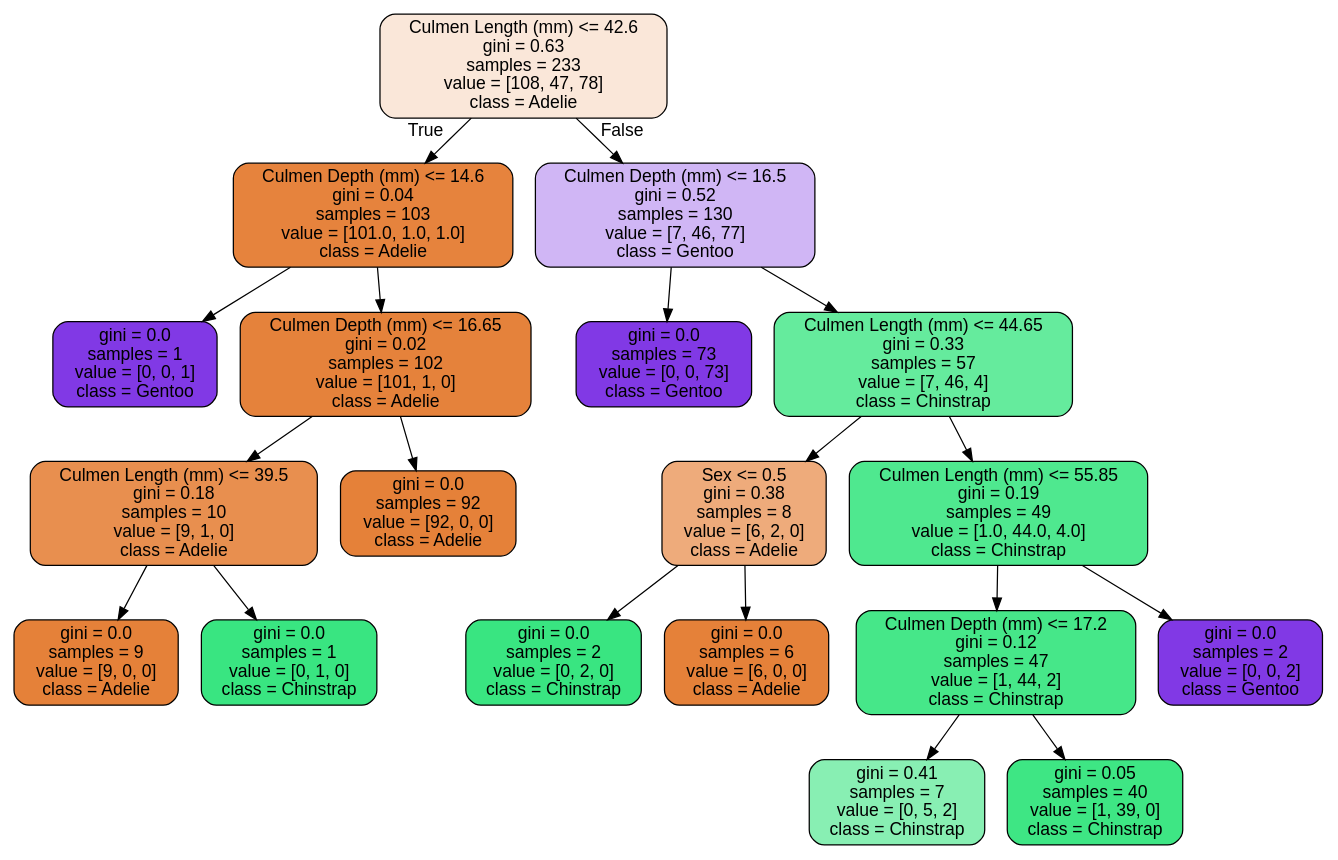
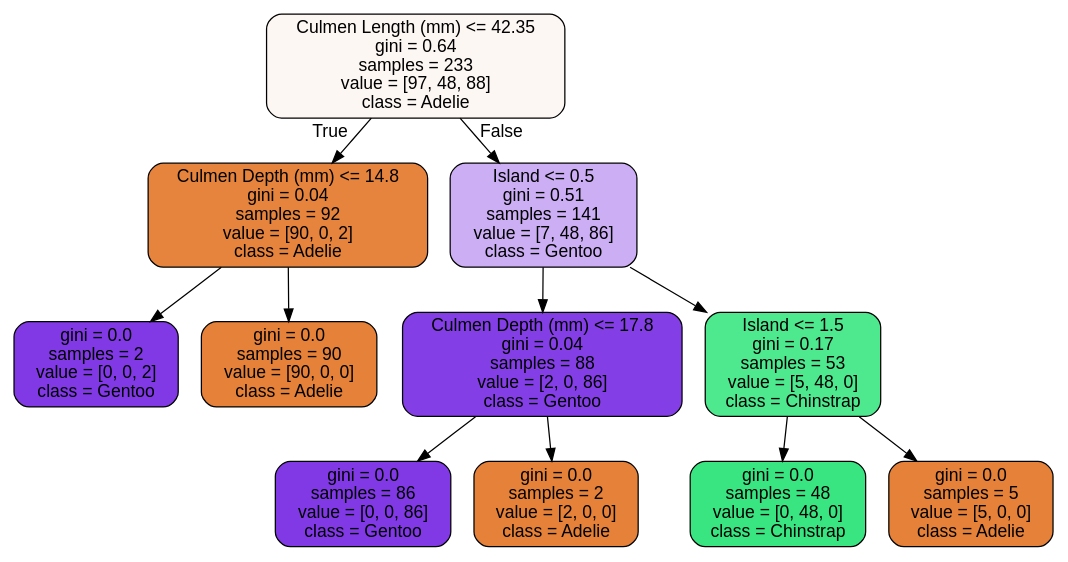
The diagram in experiments/tree.dot (priyanshu-24-003/palmer-penguins-classification), drawn with Graphviz before and after one commit. The commit also changed 7 other files, not shown here.

```diff
--- a/experiments/tree.dot
+++ b/experiments/tree.dot
@@ -1,41 +1,25 @@
 digraph Tree {
 node [shape=box, style="filled, rounded", color="black", fontname="helvetica"] ;
 edge [fontname="helvetica"] ;
-0 [label="Culmen Length (mm) <= 42.6\ngini = 0.63\nsamples = 233\nvalue = [108, 47, 78]\nclass = Adelie", fillcolor="#fae7d9"] ;
-1 [label="Culmen Depth (mm) <= 14.6\ngini = 0.04\nsamples = 103\nvalue = [101.0, 1.0, 1.0]\nclass = Adelie", fillcolor="#e6833d"] ;
+0 [label="Culmen Length (mm) <= 42.35\ngini = 0.64\nsamples = 233\nvalue = [97, 48, 88]\nclass = Adelie", fillcolor="#fdf7f3"] ;
+1 [label="Culmen Depth (mm) <= 14.8\ngini = 0.04\nsamples = 92\nvalue = [90, 0, 2]\nclass = Adelie", fillcolor="#e6843d"] ;
 0 -> 1 [labeldistance=2.5, labelangle=45, headlabel="True"] ;
-2 [label="gini = 0.0\nsamples = 1\nvalue = [0, 0, 1]\nclass = Gentoo", fillcolor="#8139e5"] ;
+2 [label="gini = 0.0\nsamples = 2\nvalue = [0, 0, 2]\nclass = Gentoo", fillcolor="#8139e5"] ;
 1 -> 2 ;
-3 [label="Culmen Depth (mm) <= 16.65\ngini = 0.02\nsamples = 102\nvalue = [101, 1, 0]\nclass = Adelie", fillcolor="#e5823b"] ;
+3 [label="gini = 0.0\nsamples = 90\nvalue = [90, 0, 0]\nclass = Adelie", fillcolor="#e58139"] ;
 1 -> 3 ;
-4 [label="Culmen Length (mm) <= 39.5\ngini = 0.18\nsamples = 10\nvalue = [9, 1, 0]\nclass = Adelie", fillcolor="#e88f4f"] ;
-3 -> 4 ;
-5 [label="gini = 0.0\nsamples = 9\nvalue = [9, 0, 0]\nclass = Adelie", fillcolor="#e58139"] ;
+4 [label="Island <= 0.5\ngini = 0.51\nsamples = 141\nvalue = [7, 48, 86]\nclass = Gentoo", fillcolor="#ccaef4"] ;
+0 -> 4 [labeldistance=2.5, labelangle=-45, headlabel="False"] ;
+5 [label="Culmen Depth (mm) <= 17.8\ngini = 0.04\nsamples = 88\nvalue = [2, 0, 86]\nclass = Gentoo", fillcolor="#843ee6"] ;
 4 -> 5 ;
-6 [label="gini = 0.0\nsamples = 1\nvalue = [0, 1, 0]\nclass = Chinstrap", fillcolor="#39e581"] ;
-4 -> 6 ;
-7 [label="gini = 0.0\nsamples = 92\nvalue = [92, 0, 0]\nclass = Adelie", fillcolor="#e58139"] ;
-3 -> 7 ;
-8 [label="Culmen Depth (mm) <= 16.5\ngini = 0.52\nsamples = 130\nvalue = [7, 46, 77]\nclass = Gentoo", fillcolor="#d0b6f5"] ;
-0 -> 8 [labeldistance=2.5, labelangle=-45, headlabel="False"] ;
-9 [label="gini = 0.0\nsamples = 73\nvalue = [0, 0, 73]\nclass = Gentoo", fillcolor="#8139e5"] ;
+6 [label="gini = 0.0\nsamples = 86\nvalue = [0, 0, 86]\nclass = Gentoo", fillcolor="#8139e5"] ;
+5 -> 6 ;
+7 [label="gini = 0.0\nsamples = 2\nvalue = [2, 0, 0]\nclass = Adelie", fillcolor="#e58139"] ;
+5 -> 7 ;
+8 [label="Island <= 1.5\ngini = 0.17\nsamples = 53\nvalue = [5, 48, 0]\nclass = Chinstrap", fillcolor="#4ee88e"] ;
+4 -> 8 ;
+9 [label="gini = 0.0\nsamples = 48\nvalue = [0, 48, 0]\nclass = Chinstrap", fillcolor="#39e581"] ;
 8 -> 9 ;
-10 [label="Culmen Length (mm) <= 44.65\ngini = 0.33\nsamples = 57\nvalue = [7, 46, 4]\nclass = Chinstrap", fillcolor="#65eb9d"] ;
+10 [label="gini = 0.0\nsamples = 5\nvalue = [5, 0, 0]\nclass = Adelie", fillcolor="#e58139"] ;
 8 -> 10 ;
-11 [label="Sex <= 0.5\ngini = 0.38\nsamples = 8\nvalue = [6, 2, 0]\nclass = Adelie", fillcolor="#eeab7b"] ;
-10 -> 11 ;
-12 [label="gini = 0.0\nsamples = 2\nvalue = [0, 2, 0]\nclass = Chinstrap", fillcolor="#39e581"] ;
-11 -> 12 ;
-13 [label="gini = 0.0\nsamples = 6\nvalue = [6, 0, 0]\nclass = Adelie", fillcolor="#e58139"] ;
-11 -> 13 ;
-14 [label="Culmen Length (mm) <= 55.85\ngini = 0.19\nsamples = 49\nvalue = [1.0, 44.0, 4.0]\nclass = Chinstrap", fillcolor="#4fe88f"] ;
-10 -> 14 ;
-15 [label="Culmen Depth (mm) <= 17.2\ngini = 0.12\nsamples = 47\nvalue = [1, 44, 2]\nclass = Chinstrap", fillcolor="#46e789"] ;
-14 -> 15 ;
-16 [label="gini = 0.41\nsamples = 7\nvalue = [0, 5, 2]\nclass = Chinstrap", fillcolor="#88efb3"] ;
-15 -> 16 ;
-17 [label="gini = 0.05\nsamples = 40\nvalue = [1, 39, 0]\nclass = Chinstrap", fillcolor="#3ee684"] ;
-15 -> 17 ;
-18 [label="gini = 0.0\nsamples = 2\nvalue = [0, 0, 2]\nclass = Gentoo", fillcolor="#8139e5"] ;
-14 -> 18 ;
 }
```
